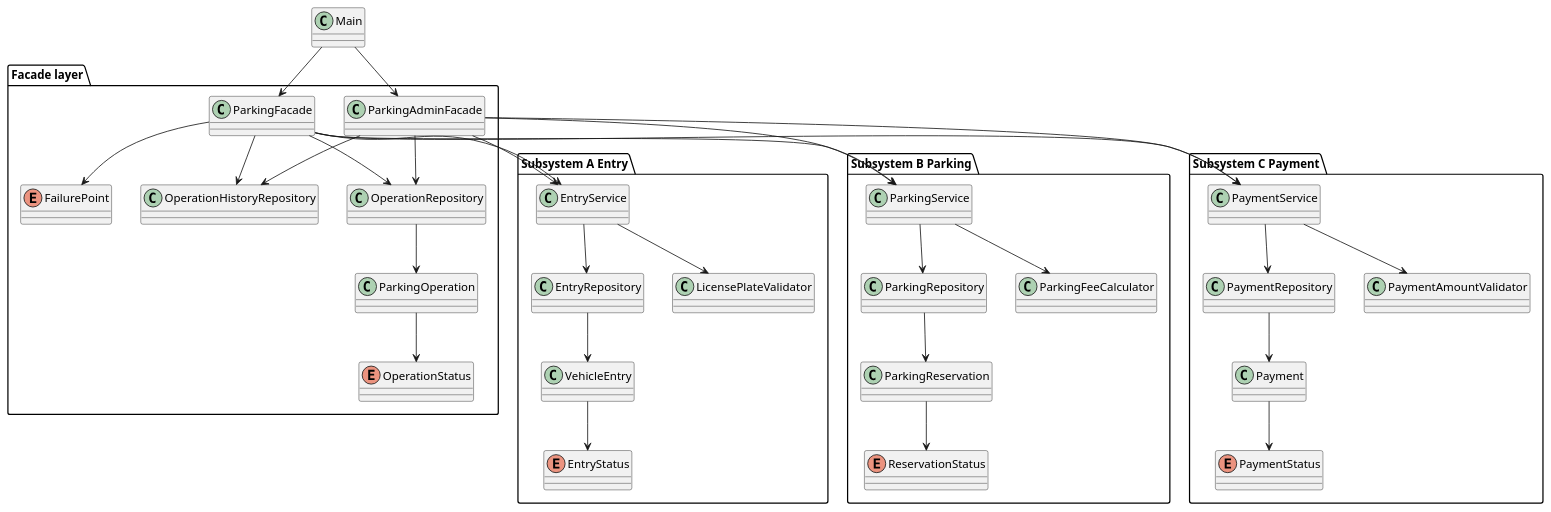
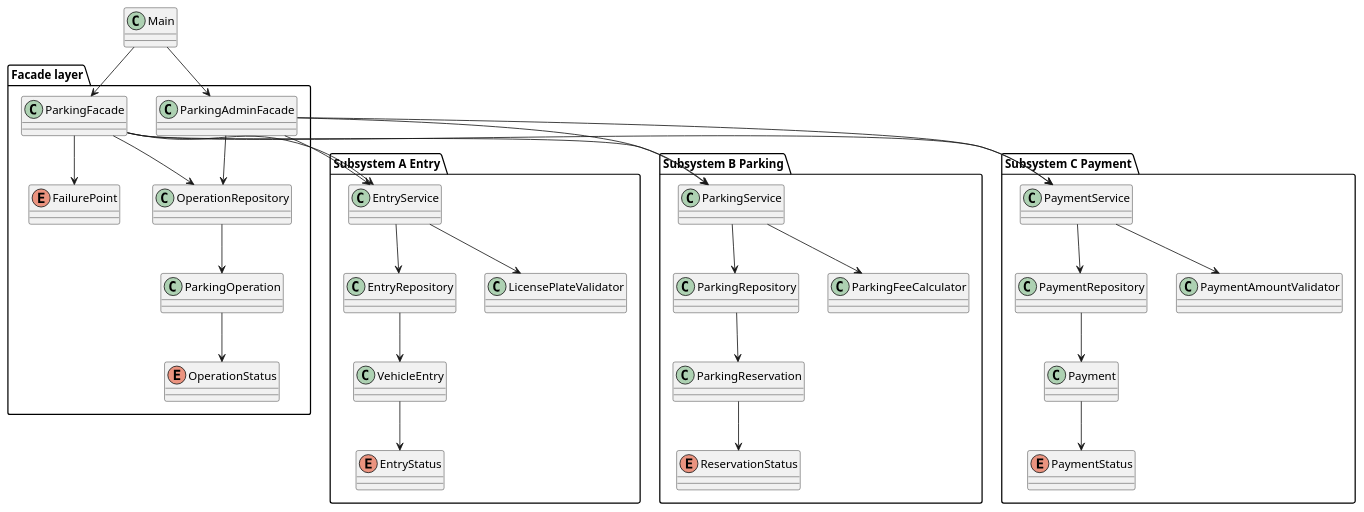
One commit to arsenibatullin21-web/SDP_Assignment4 changed the diagram in docs/uml.puml. Above: the diagram before and after it, drawn with PlantUML. The commit also changed 8 other files, not shown here.

Commit message:
Remove optional operation history storage

```diff
--- a/docs/uml.puml
+++ b/docs/uml.puml
@@ -1,70 +1,67 @@
 @startuml
 skinparam classAttributeIconSize 0
 
 class Main
 
 package "Facade layer" {
   class ParkingFacade
   class ParkingAdminFacade
   class ParkingOperation
   enum OperationStatus
   enum FailurePoint
   class OperationRepository
-  class OperationHistoryRepository
 }
 
 package "Subsystem A Entry" {
   class EntryService
   class EntryRepository
   class VehicleEntry
   enum EntryStatus
   class LicensePlateValidator
 }
 
 package "Subsystem B Parking" {
   class ParkingService
   class ParkingRepository
   class ParkingReservation
   enum ReservationStatus
   class ParkingFeeCalculator
 }
 
 package "Subsystem C Payment" {
   class PaymentService
   class PaymentRepository
   class Payment
   enum PaymentStatus
   class PaymentAmountValidator
 }
 
 Main --> ParkingFacade
 Main --> ParkingAdminFacade
 ParkingFacade --> EntryService
 ParkingFacade --> ParkingService
 ParkingFacade --> PaymentService
 ParkingFacade --> OperationRepository
-ParkingFacade --> OperationHistoryRepository
 ParkingAdminFacade --> EntryService
 ParkingAdminFacade --> ParkingService
 ParkingAdminFacade --> PaymentService
 ParkingAdminFacade --> OperationRepository
-ParkingAdminFacade --> OperationHistoryRepository
 OperationRepository --> ParkingOperation
 ParkingOperation --> OperationStatus
 ParkingFacade --> FailurePoint
 
 EntryService --> EntryRepository
 EntryService --> LicensePlateValidator
 EntryRepository --> VehicleEntry
 VehicleEntry --> EntryStatus
 
 ParkingService --> ParkingRepository
 ParkingService --> ParkingFeeCalculator
 ParkingRepository --> ParkingReservation
 ParkingReservation --> ReservationStatus
 
 PaymentService --> PaymentRepository
 PaymentService --> PaymentAmountValidator
 PaymentRepository --> Payment
 Payment --> PaymentStatus
 @enduml
```
